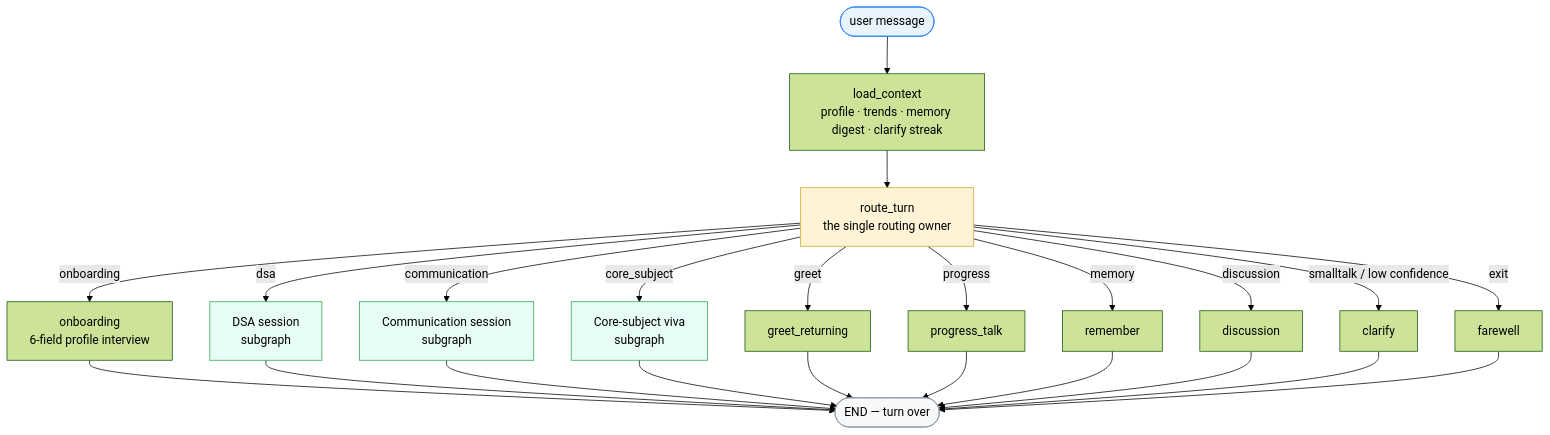
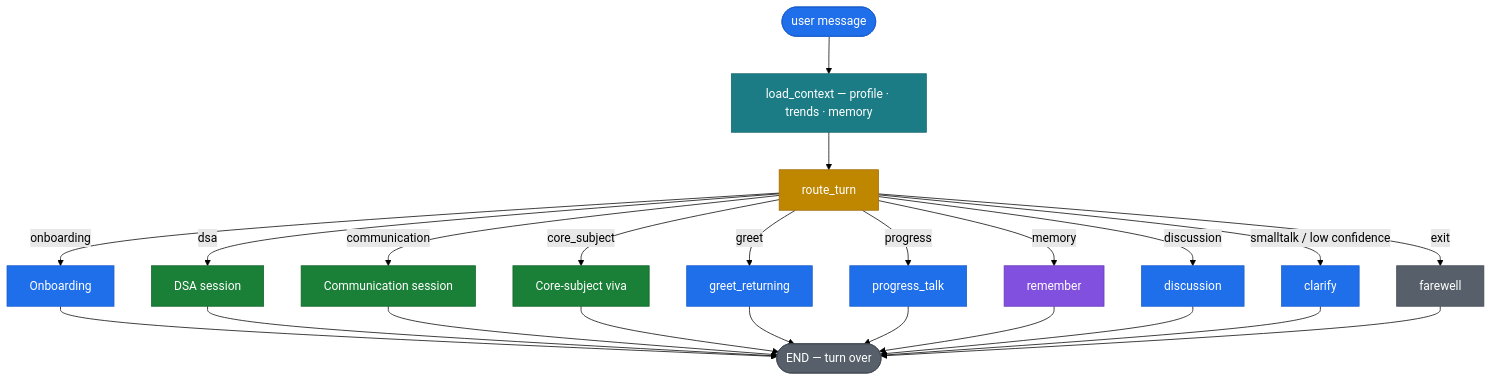
One commit to shanmukhanssm/placement-prep-agent changed the first of 6 diagrams in README.md. Above: the diagram before and after it, drawn with Mermaid (forest theme). The commit also changed other lines of this file, not shown here.

First line of the commit message:
docs(readme): vivid high-contrast diagrams + tighten to ~70% length

````diff
--- a/README.md
+++ b/README.md
@@ -66,25 +57,23 @@
 ```mermaid
 flowchart TD
-    U(["user message"]) --> LC["load_context<br/>profile · trends · memory digest · clarify streak"]
-    LC --> RT["route_turn<br/>the single routing owner"]
-
-    RT -->|"onboarding"| OB["onboarding<br/>6-field profile interview"]
-    RT -->|"dsa"| DSA["DSA session<br/>subgraph"]
-    RT -->|"communication"| COMM["Communication session<br/>subgraph"]
-    RT -->|"core_subject"| CORE["Core-subject viva<br/>subgraph"]
-    RT -->|"greet"| GR["greet_returning"]
-    RT -->|"progress"| PT["progress_talk"]
-    RT -->|"memory"| MEM["remember"]
-    RT -->|"discussion"| DIS["discussion"]
-    RT -->|"smalltalk / low confidence"| CL["clarify"]
-    RT -->|"exit"| FW["farewell"]
-
+    U(["user message"]) --> LC["load_context — profile · trends · memory"] --> RT["route_turn"]
+    RT -->|onboarding| OB["Onboarding"]
+    RT -->|dsa| DSA["DSA session"]
+    RT -->|communication| COMM["Communication session"]
+    RT -->|core_subject| CORE["Core-subject viva"]
+    RT -->|greet| GR["greet_returning"]
+    RT -->|progress| PT["progress_talk"]
+    RT -->|memory| MEM["remember"]
+    RT -->|discussion| DIS["discussion"]
+    RT -->|smalltalk / low confidence| CL["clarify"]
+    RT -->|exit| FW["farewell"]
     OB & DSA & COMM & CORE & GR & PT & MEM & DIS & CL & FW --> E(["END — turn over"])
-
-    style U fill:#e8f4fd,stroke:#2f81f7
-    style E fill:#f6f8fa,stroke:#8c959f
-    style RT fill:#fff3d6,stroke:#d4a72c
-    style DSA fill:#e6fcf4,stroke:#2da44e
-    style COMM fill:#e6fcf4,stroke:#2da44e
-    style CORE fill:#e6fcf4,stroke:#2da44e
+    classDef blue fill:#1f6feb,stroke:#1a5cc8,color:#fff
+    classDef teal fill:#1b7c86,stroke:#14646d,color:#fff
+    classDef amber fill:#bf8700,stroke:#9e6a03,color:#fff
+    classDef green fill:#1a7f37,stroke:#116329,color:#fff
+    classDef purple fill:#8250df,stroke:#6639ba,color:#fff
+    classDef slate fill:#57606a,stroke:#424a53,color:#fff
+    class U blue; class LC teal; class RT amber; class DSA,COMM,CORE green
+    class OB,GR,PT,DIS,CL blue; class MEM purple; class FW,E slate
 ```
````
